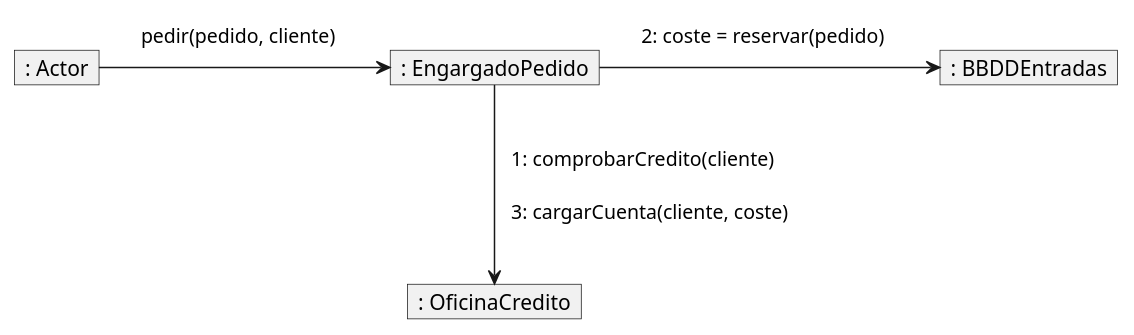
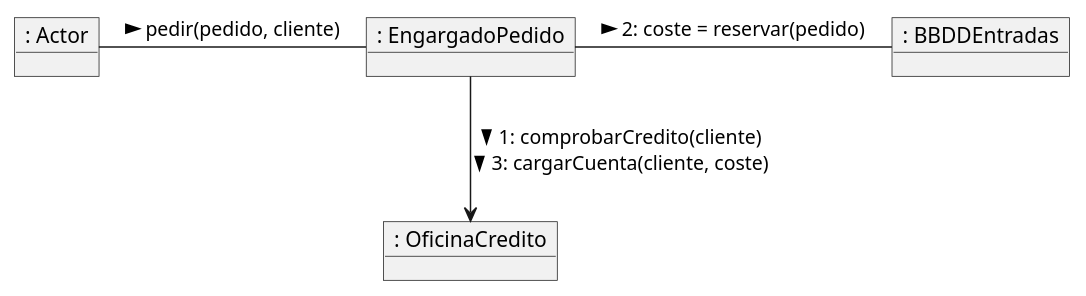
The diagram in docs/diagrams/practica3/24_interactions_comunication.plantuml (mpaulaherrero/IS-022023), drawn with PlantUML before and after one commit. The commit also changed 1 other file, not shown here.

```diff
--- a/docs/diagrams/practica3/24_interactions_comunication.plantuml
+++ b/docs/diagrams/practica3/24_interactions_comunication.plantuml
@@ -1,29 +1,14 @@
 @startuml "diagramaColaboracion"
-
-skinparam noteBackgroundColor transparent
-skinparam noteBorderColor transparent
-hide members
 
 object ": Actor" as user
 object ": EngargadoPedido" as engargadoPedido
 object ": BBDDEntradas" as bbdd
 object ": OficinaCredito" as oficinaCredito
 
-user -r-> engargadoPedido
-note on link
-    pedir(pedido, cliente)
-end note
+user -r- engargadoPedido: pedir(pedido, cliente) >
 
-engargadoPedido -r-> bbdd
-note on link
-    2: coste = reservar(pedido)
-end note
+engargadoPedido -r- bbdd: 2: coste = reservar(pedido) >
 
-engargadoPedido -d-> oficinaCredito
-note on link
-    1: comprobarCredito(cliente)
-
-    3: cargarCuenta(cliente, coste)
-end note
+engargadoPedido -d-> oficinaCredito: >  1: comprobarCredito(cliente) \n 3: cargarCuenta(cliente, coste) >
 
 @enduml
```
